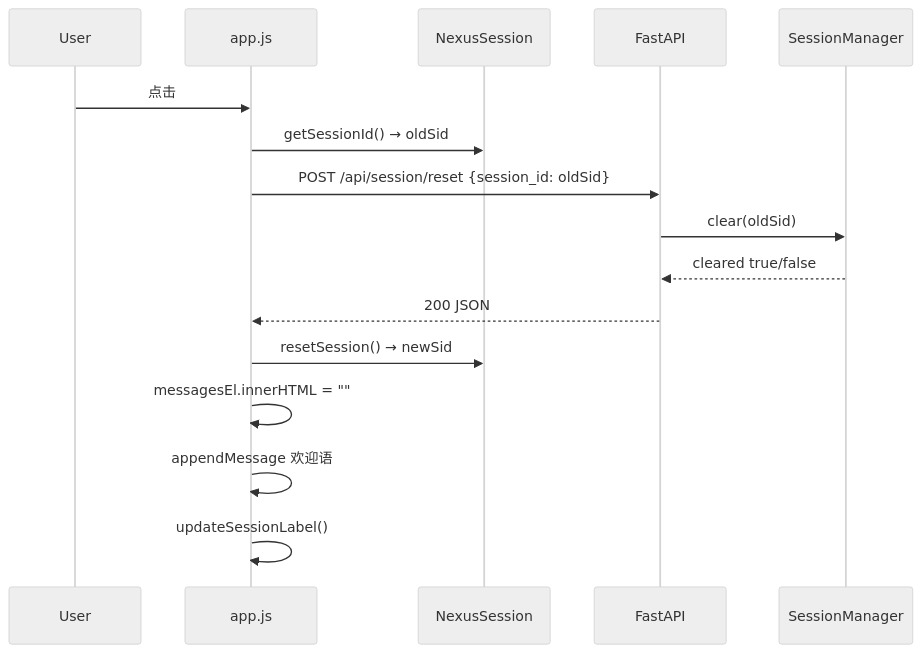
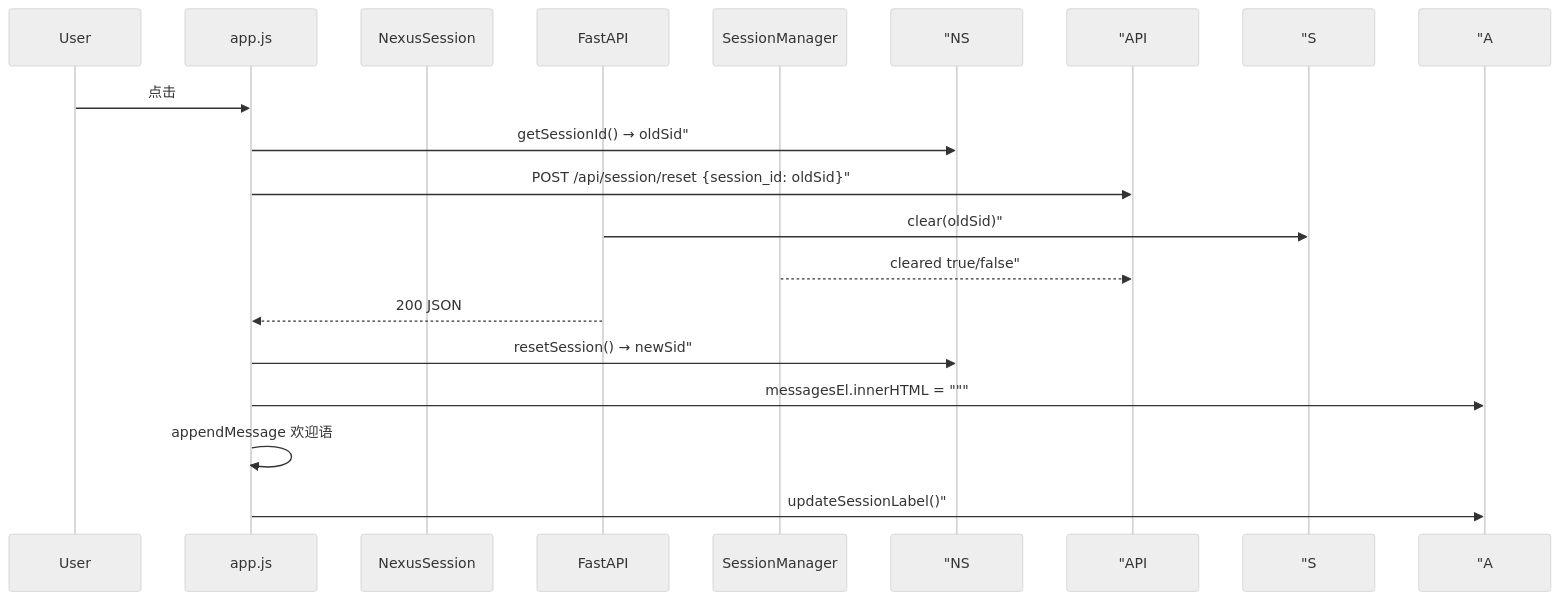
Before and after one commit to ab6539763/70_days_course_plus: the second of 4 diagrams in course/day24/03_架构设计.md, drawn with Mermaid (neutral theme). The commit also changed 128 other files, not shown here.

First line of the commit message:
fix(course): repair day31-37 diagrams, titles, and missing content

````diff
--- a/course/day24/03_架构设计.md
+++ b/course/day24/03_架构设计.md
@@ -52,18 +52,18 @@
 ```mermaid
 sequenceDiagram
     participant U as User
     participant A as app.js
     participant NS as NexusSession
     participant API as FastAPI
     participant S as SessionManager
     U->>A: 点击 #new-chat-btn
-    A->>NS: getSessionId() → oldSid
-    A->>API: POST /api/session/reset {session_id: oldSid}
-    API->>S: clear(oldSid)
-    S-->>API: cleared true/false
+    A->> "NS: getSessionId() → oldSid"
+    A->> "API: POST /api/session/reset {session_id: oldSid}"
+    API->> "S: clear(oldSid)"
+    S-->> "API: cleared true/false"
     API-->>A: 200 JSON
-    A->>NS: resetSession() → newSid
-    A->>A: messagesEl.innerHTML = ""
+    A->> "NS: resetSession() → newSid"
+    A->> "A: messagesEl.innerHTML = """
     A->>A: appendMessage 欢迎语
-    A->>A: updateSessionLabel()
+    A->> "A: updateSessionLabel()"
 ```
````
